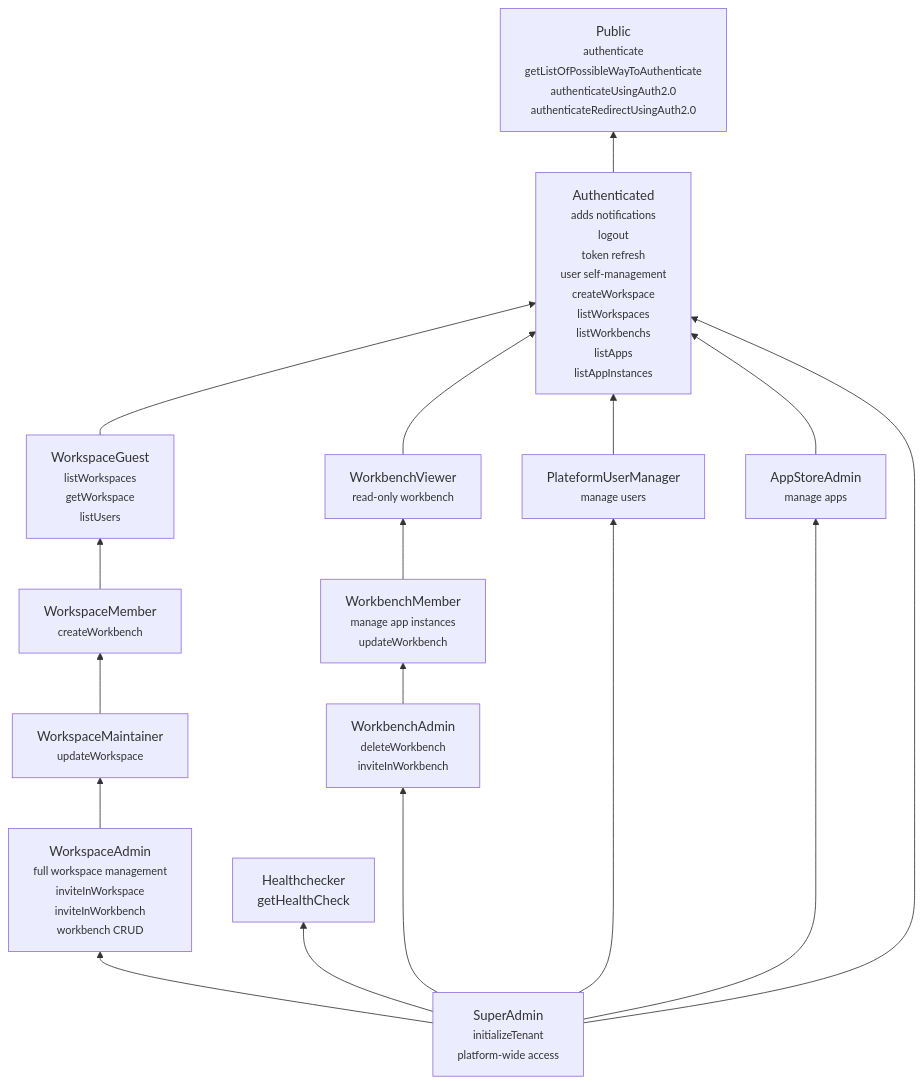
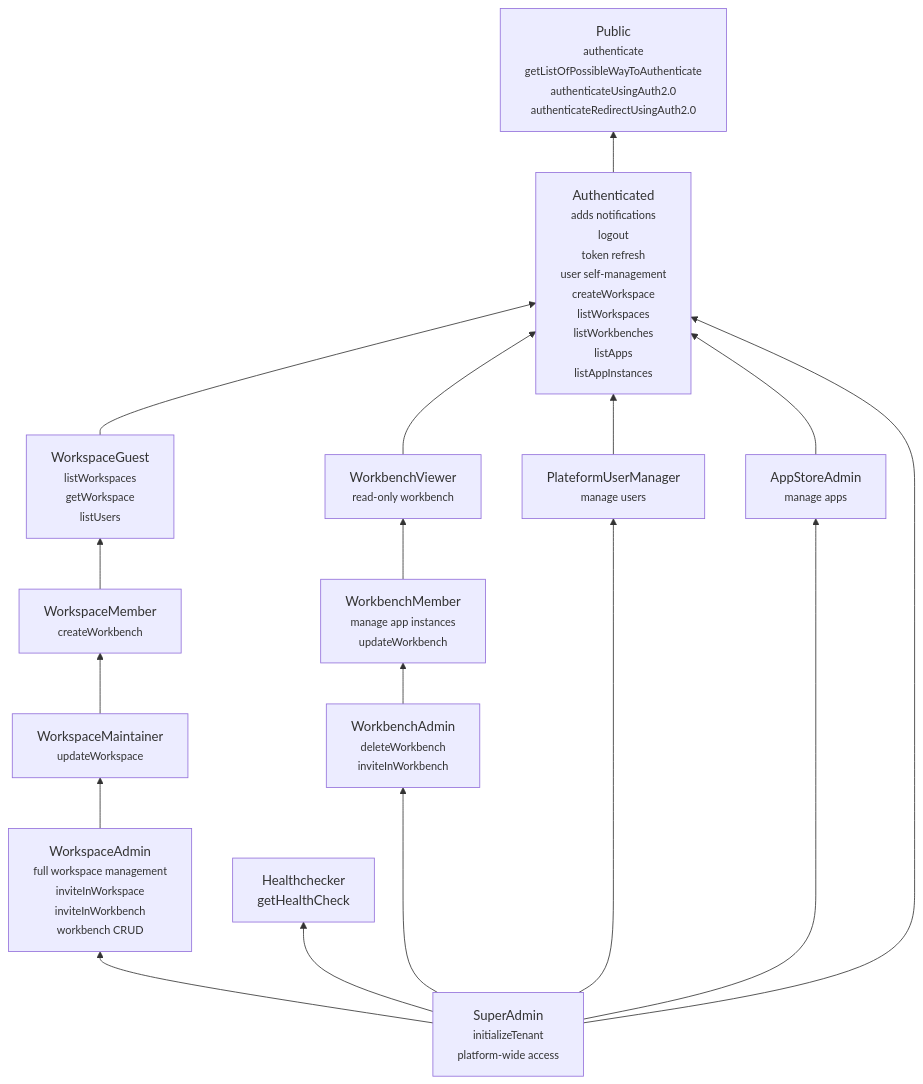
Before and after one commit to CHORUS-TRE/chorus-web-ui: the diagram in docs/roles/schema.md, drawn with Mermaid. The commit also changed 20 other files, not shown here.

````diff
--- a/docs/roles/schema.md
+++ b/docs/roles/schema.md
@@ -1,44 +1,44 @@
 ```mermaid
  graph BT
     %% Base roles
     Public["Public<br><small>authenticate<br>getListOfPossibleWayToAuthenticate<br>authenticateUsingAuth2.0<br>authenticateRedirectUsingAuth2.0</small>"]
-    Authenticated["Authenticated<br><small>adds notifications<br>logout<br>token refresh<br>user self-management<br>createWorkspace<br>listWorkspaces<br>listWorkbenchs<br>listApps<br>listAppInstances</small>"]
+    Authenticated["Authenticated<br><small>adds notifications<br>logout<br>token refresh<br>user self-management<br>createWorkspace<br>listWorkspaces<br>listWorkbenches<br>listApps<br>listAppInstances</small>"]
 
     %% Workspace roles
     WorkspaceGuest["WorkspaceGuest<small><br>listWorkspaces<br>getWorkspace<br>listUsers</small>"]
     WorkspaceMember["WorkspaceMember<small><br>createWorkbench</small>"]
     WorkspaceMaintainer["WorkspaceMaintainer<small><br>updateWorkspace</small>"]
     WorkspaceAdmin["WorkspaceAdmin<small><br>full workspace management<br>inviteInWorkspace<br>inviteInWorkbench<br>workbench CRUD</small>"]
 
     %% Workbench roles
     WorkbenchViewer["WorkbenchViewer <small><br>read-only workbench</small>"]
     WorkbenchMember["WorkbenchMember<small><br>manage app instances<br>updateWorkbench</small>"]
     WorkbenchAdmin["WorkbenchAdmin<small><br>deleteWorkbench<br>inviteInWorkbench</small>"]
 
     %% Platform roles
     Healthchecker["Healthchecker<br>getHealthCheck<small>"]
     PlateformUserManager["PlateformUserManager<small><br>manage users</small>"]
     AppStoreAdmin["AppStoreAdmin<small><br>manage apps</small>"]
     SuperAdmin["SuperAdmin<small><br>initializeTenant<br>platform-wide access</small>"]
 
     %% Connections
     Authenticated --> Public
     WorkspaceGuest --> Authenticated
     WorkspaceMember --> WorkspaceGuest
     WorkspaceMaintainer --> WorkspaceMember
     WorkspaceAdmin --> WorkspaceMaintainer
 
     WorkbenchViewer --> Authenticated
     WorkbenchMember --> WorkbenchViewer
     WorkbenchAdmin --> WorkbenchMember
 
     PlateformUserManager --> Authenticated
     AppStoreAdmin --> Authenticated
 
     SuperAdmin --> Authenticated
     SuperAdmin --> PlateformUserManager
     SuperAdmin --> AppStoreAdmin
     SuperAdmin --> WorkspaceAdmin
     SuperAdmin --> WorkbenchAdmin
     SuperAdmin --> Healthchecker
 ```
````
